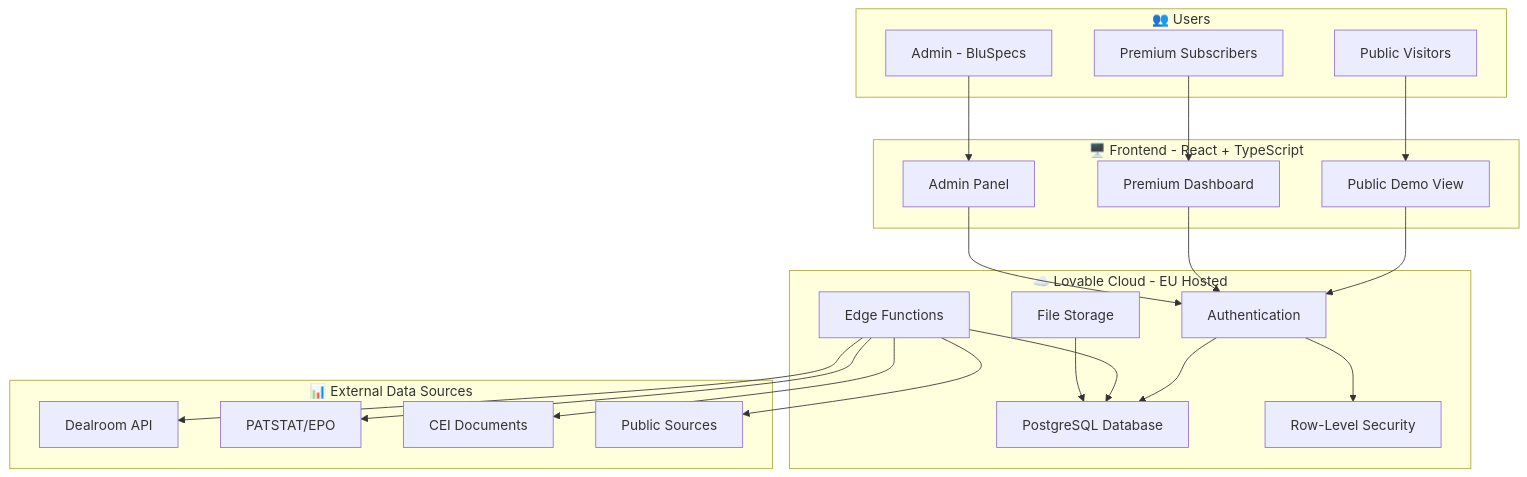
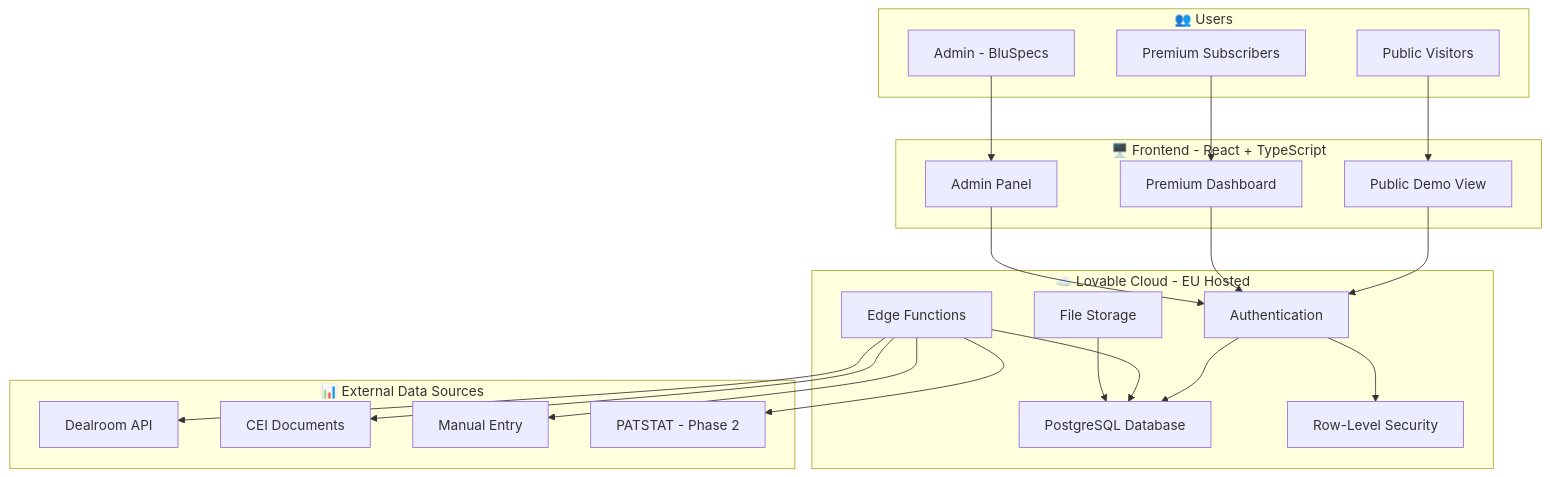
Before and after one commit to ivanapesic-ai/intelpulse: the first of 5 diagrams in docs/visuals/architecture-diagrams.md, drawn with Mermaid. The commit also changed 5 other files, not shown here.

````diff
--- a/docs/visuals/architecture-diagrams.md
+++ b/docs/visuals/architecture-diagrams.md
@@ -8,48 +8,48 @@
 ```mermaid
 graph TB
     subgraph Users["👥 Users"]
         A[Public Visitors]
         B[Premium Subscribers]
         C[Admin - BluSpecs]
     end
     
     subgraph Frontend["🖥️ Frontend - React + TypeScript"]
         D[Public Demo View]
         E[Premium Dashboard]
         F[Admin Panel]
     end
     
     subgraph Backend["☁️ Lovable Cloud - EU Hosted"]
         G[Authentication]
         H[PostgreSQL Database]
         I[Row-Level Security]
         J[Edge Functions]
         K[File Storage]
     end
     
     subgraph External["📊 External Data Sources"]
         L[Dealroom API]
-        M[PATSTAT/EPO]
         N[CEI Documents]
-        O[Public Sources]
+        O[Manual Entry]
+        M[PATSTAT - Phase 2]
     end
     
     A --> D
     B --> E
     C --> F
     
     D --> G
     E --> G
     F --> G
     
     G --> H
     G --> I
     
     J --> L
     J --> M
     J --> N
     J --> O
     
     J --> H
     K --> H
 ```
````
